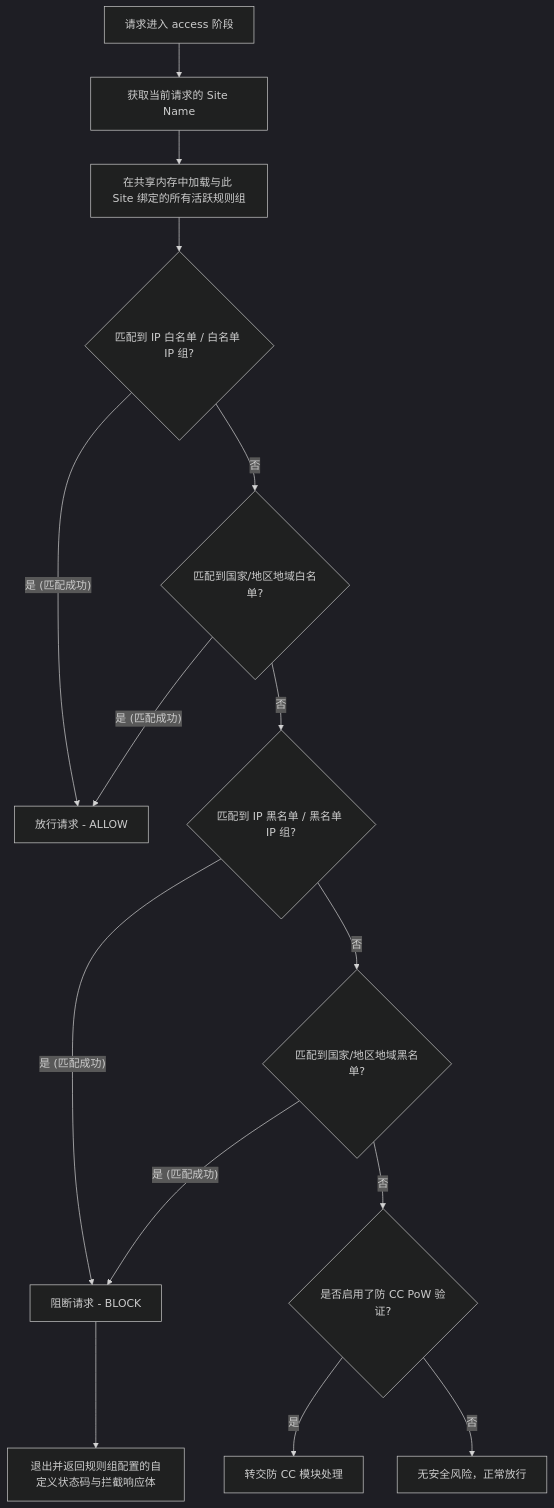
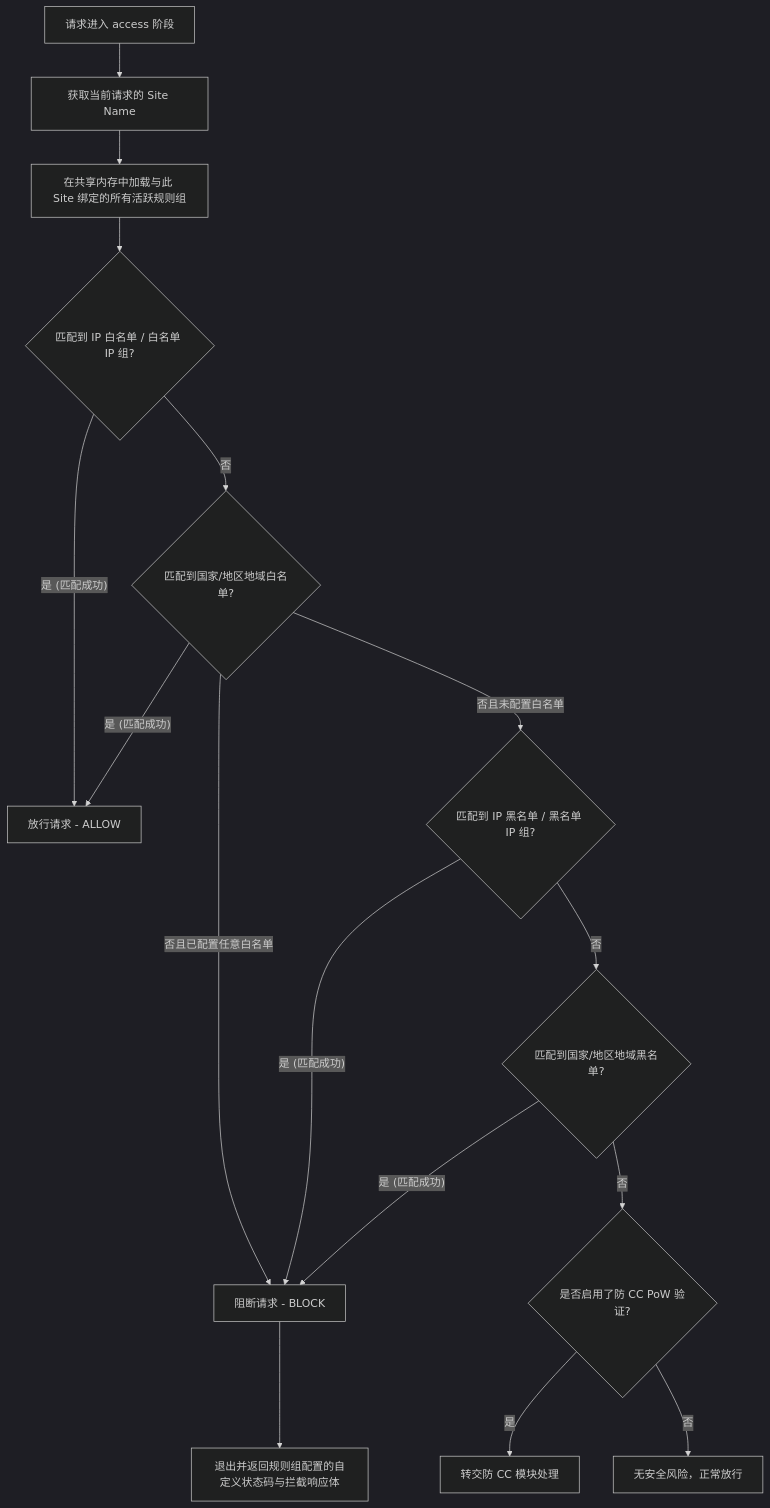
One commit to lwhx/OpenFlare changed the diagram in docs/design/waf-design.md. Above: the diagram before and after it, drawn with Mermaid (dark theme). The commit also changed other lines of this file and 4 other files, not shown here.

````diff
--- a/docs/design/waf-design.md
+++ b/docs/design/waf-design.md
@@ -105,18 +105,19 @@
 ```mermaid
 flowchart TD
     A[请求进入 access 阶段] --> B[获取当前请求的 Site Name]
     B --> C[在共享内存中加载与此 Site 绑定的所有活跃规则组]
     C --> D{匹配到 IP 白名单 / 白名单 IP 组?}
     D -- 是 (匹配成功) --> E[放行请求 - ALLOW]
     D -- 否 --> F{匹配到国家/地区地域白名单?}
     F -- 是 (匹配成功) --> E
-    F -- 否 --> G{匹配到 IP 黑名单 / 黑名单 IP 组?}
+    F -- 否且已配置任意白名单 --> H
+    F -- 否且未配置白名单 --> G{匹配到 IP 黑名单 / 黑名单 IP 组?}
     G -- 是 (匹配成功) --> H[阻断请求 - BLOCK]
     G -- 否 --> I{匹配到国家/地区地域黑名单?}
     I -- 是 (匹配成功) --> H
     I -- 否 --> J{是否启用了防 CC PoW 验证?}
     J -- 是 --> K[转交防 CC 模块处理]
     J -- 否 --> L[无安全风险，正常放行]
 
     H --> M[退出并返回规则组配置的自定义状态码与拦截响应体]
 ```
````
